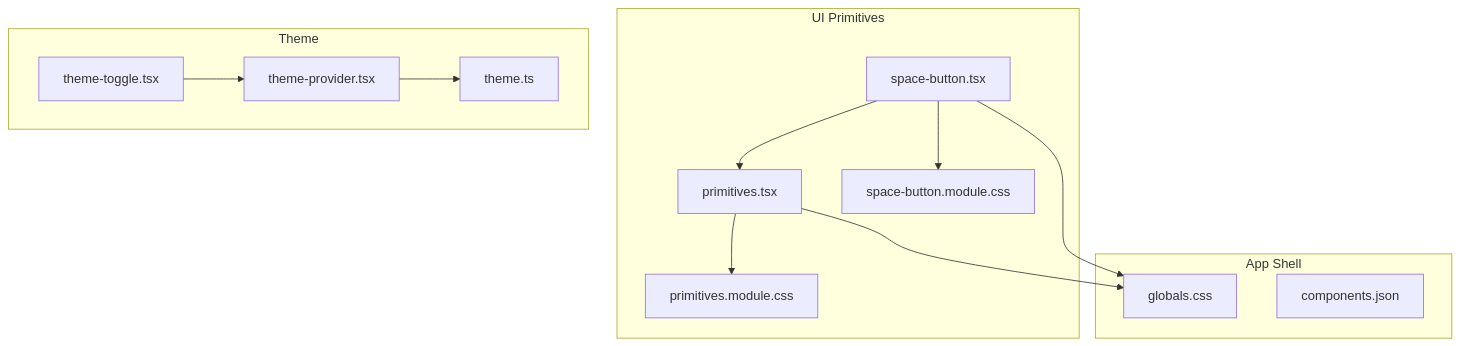
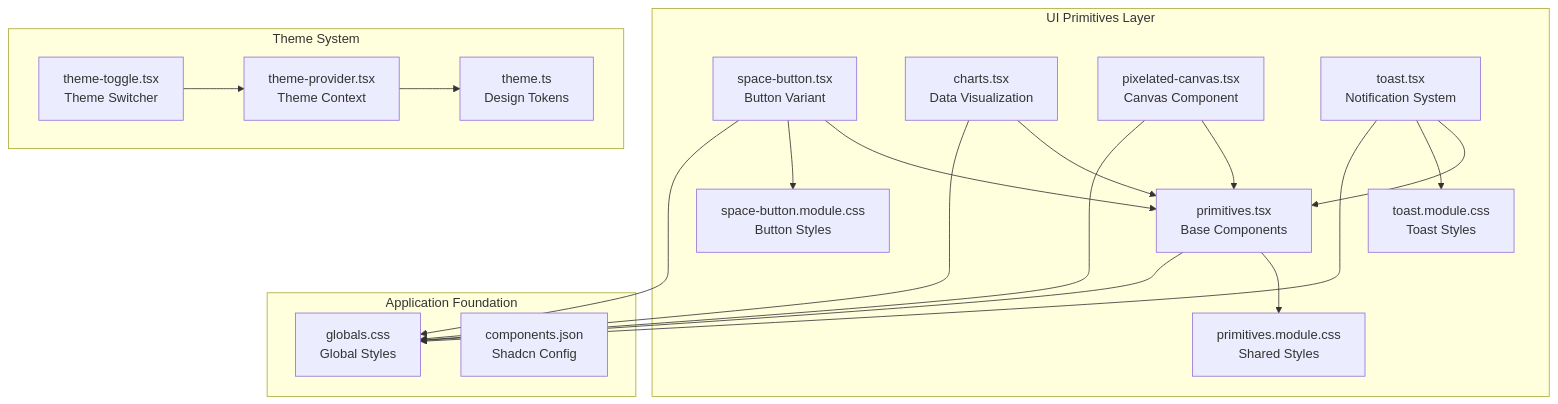
Before and after one commit to HassanAmeer/cheaprouter: the first of 9 diagrams in .qoder/repowiki/en/content/Frontend Architecture/Component Library/UI Primitives.md, drawn with Mermaid. The commit also changed other lines of this file and 54 other files, not shown here.

````diff
--- a/.qoder/repowiki/en/content/Frontend Architecture/Component Library/UI Primitives.md
+++ b/.qoder/repowiki/en/content/Frontend Architecture/Component Library/UI Primitives.md
@@ -40,25 +53,36 @@
 ```mermaid
 graph TB
-subgraph "UI Primitives"
-P["primitives.tsx"]
-PCSS["primitives.module.css"]
-SB["space-button.tsx"]
-SBCSS["space-button.module.css"]
+subgraph "UI Primitives Layer"
+P["primitives.tsx<br/>Base Components"]
+PCSS["primitives.module.css<br/>Shared Styles"]
+SB["space-button.tsx<br/>Button Variant"]
+SBCSS["space-button.module.css<br/>Button Styles"]
+CH["charts.tsx<br/>Data Visualization"]
+PC["pixelated-canvas.tsx<br/>Canvas Component"]
+TST["toast.tsx<br/>Notification System"]
+TCSS["toast.module.css<br/>Toast Styles"]
 end
-subgraph "Theme"
-TP["theme-provider.tsx"]
-TT["theme-toggle.tsx"]
-TH["theme.ts"]
+subgraph "Theme System"
+TP["theme-provider.tsx<br/>Theme Context"]
+TT["theme-toggle.tsx<br/>Theme Switcher"]
+TH["theme.ts<br/>Design Tokens"]
 end
-subgraph "App Shell"
-G["globals.css"]
-CJSON["components.json"]
+subgraph "Application Foundation"
+G["globals.css<br/>Global Styles"]
+CJSON["components.json<br/>Shadcn Config"]
 end
 SB --> P
 SB --> SBCSS
+CH --> P
+PC --> P
+TST --> P
+TST --> TCSS
 TP --> TH
 TT --> TP
 P --> PCSS
 P --> G
 SB --> G
+CH --> G
+PC --> G
+TST --> G
 ```
````
